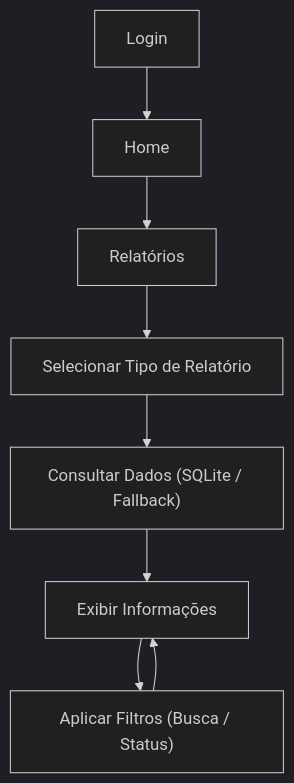
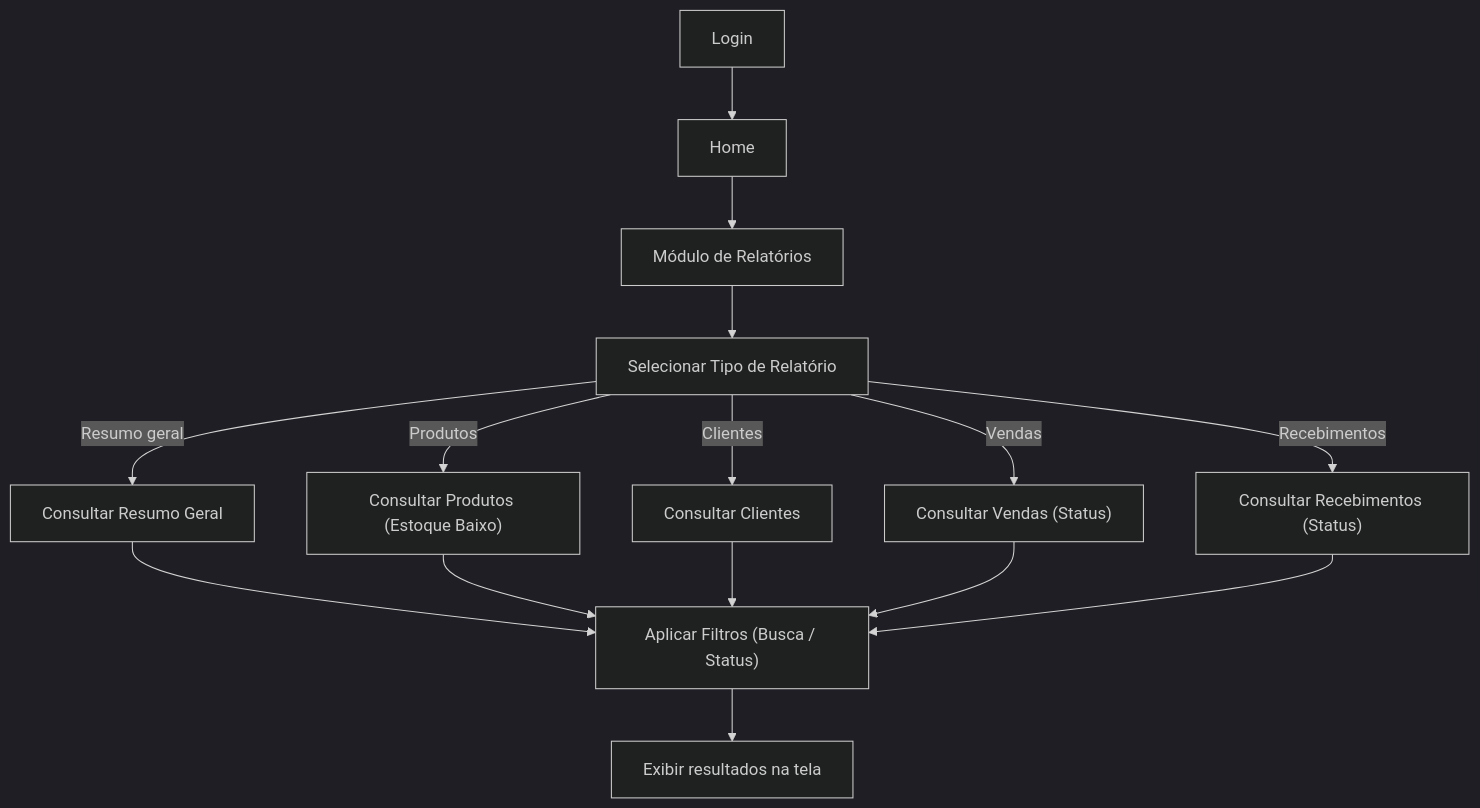
Diagram 11 of 11 in documentacao/DIAGRAMAS.md (EduardoHenrrykSimonato/sistema-gestao-comercial), drawn with Mermaid (dark theme) before and after one commit. The commit also changed other lines of this file and 3 other files, not shown here.

Commit message:
docs: auditoria e sincronizacao de todos os diagramas Mermaid do projeto

````diff
--- a/documentacao/DIAGRAMAS.md
+++ b/documentacao/DIAGRAMAS.md
@@ -305,9 +507,15 @@
 ```mermaid
 flowchart TD
     Login["Login"] --> Home["Home"]
-    Home --> Relatorios["Relatórios"]
+    Home --> Relatorios["Módulo de Relatórios"]
     Relatorios --> SelTipo["Selecionar Tipo de Relatório"]
-    SelTipo --> Query["Consultar Dados (SQLite / Fallback)"]
-    Query --> ShowData["Exibir Informações"]
-    ShowData --> Filter["Aplicar Filtros (Busca / Status)"] --> ShowData
+    
+    SelTipo --> |"Resumo geral"| QueryRes["Consultar Resumo Geral"]
+    SelTipo --> |"Produtos"| QueryProd["Consultar Produtos (Estoque Baixo)"]
+    SelTipo --> |"Clientes"| QueryCli["Consultar Clientes"]
+    SelTipo --> |"Vendas"| QueryVen["Consultar Vendas (Status)"]
+    SelTipo --> |"Recebimentos"| QueryRec["Consultar Recebimentos (Status)"]
+    
+    QueryRes & QueryProd & QueryCli & QueryVen & QueryRec --> Filter["Aplicar Filtros (Busca / Status)"]
+    Filter --> Render["Exibir resultados na tela"]
 ```
````
